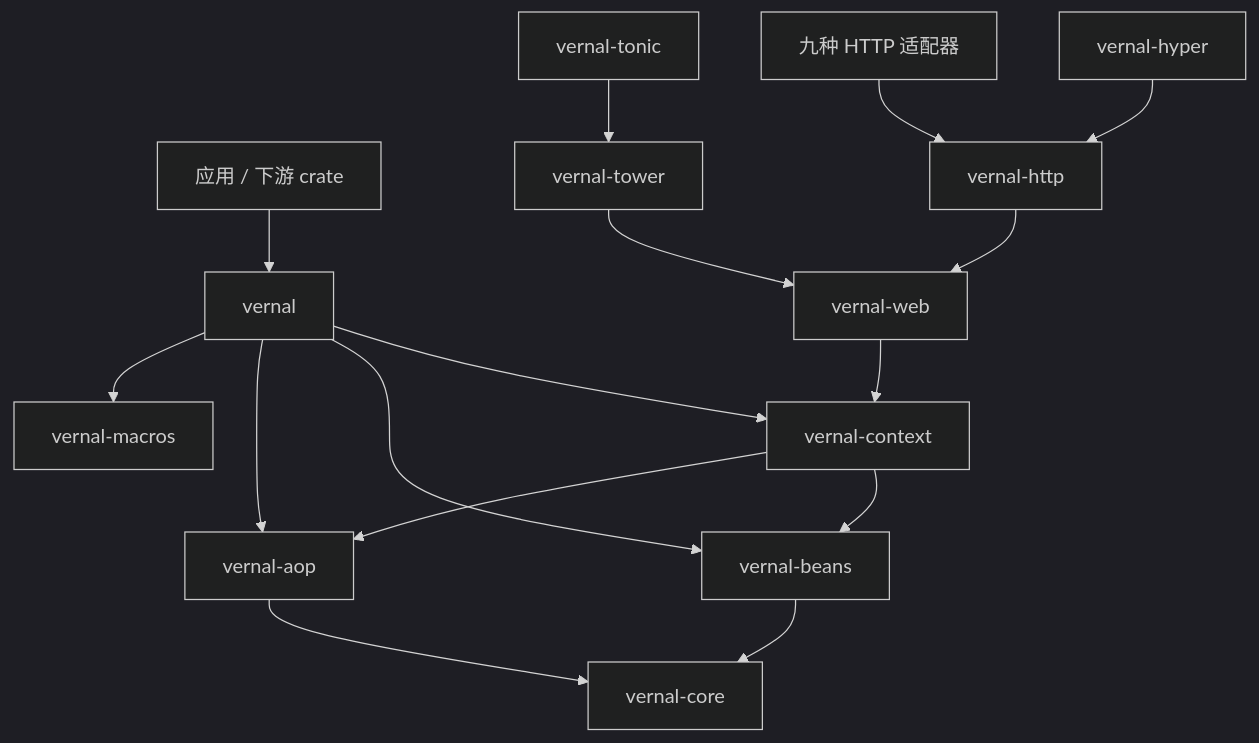
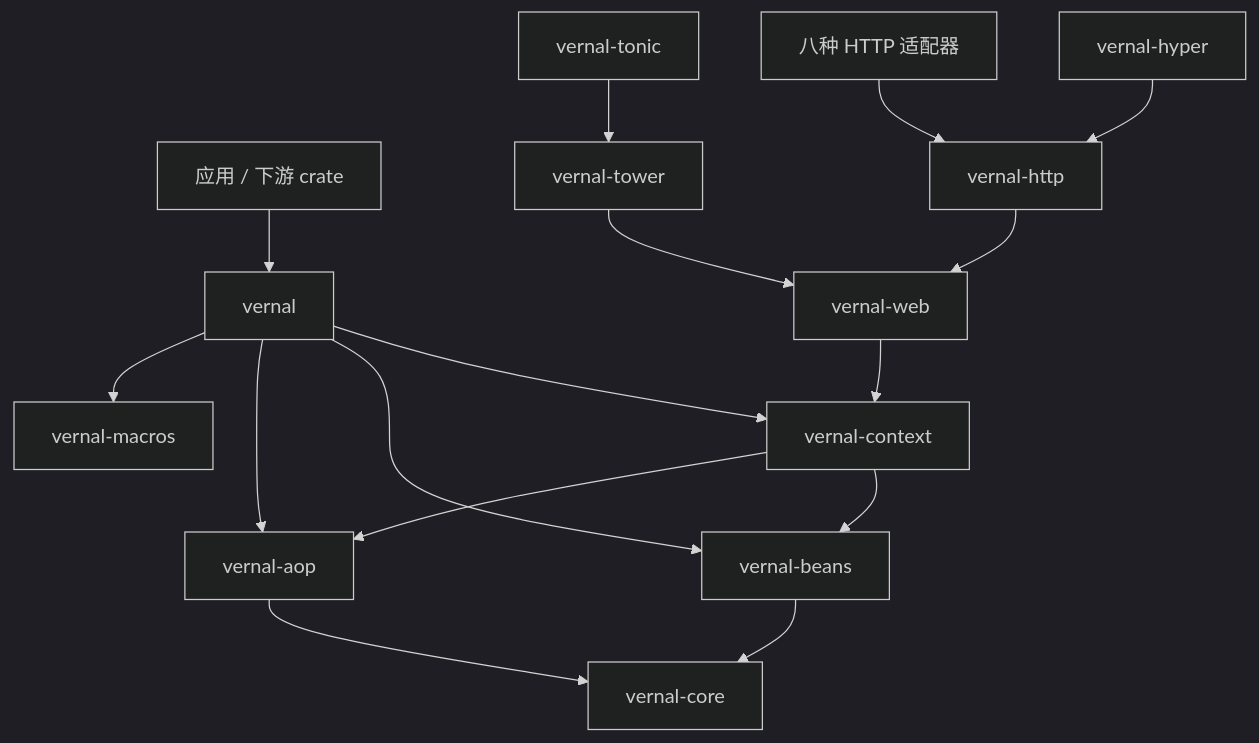
The first of 2 diagrams in README.zh-CN.md (easy-4-rust/vernal), drawn with Mermaid (dark theme) before and after one commit. The commit also changed other lines of this file and 43 other files, not shown here.

````diff
--- a/README.zh-CN.md
+++ b/README.zh-CN.md
@@ -181,18 +175,18 @@
 ```mermaid
 flowchart TB
     APP["应用 / 下游 crate"] --> FACADE["vernal"]
     FACADE --> CONTEXT["vernal-context"]
     FACADE --> IOC["vernal-beans"]
     FACADE --> AOP["vernal-aop"]
     FACADE --> MACROS["vernal-macros"]
     CONTEXT --> IOC
     CONTEXT --> AOP
     WEB["vernal-web"] --> CONTEXT
     HTTP["vernal-http"] --> WEB
     TOWER["vernal-tower"] --> WEB
     HYPER["vernal-hyper"] --> HTTP
     IOC --> CORE["vernal-core"]
     AOP --> CORE
-    HTTPADAPTERS["九种 HTTP 适配器"] --> HTTP
+    HTTPADAPTERS["八种 HTTP 适配器"] --> HTTP
     TONIC["vernal-tonic"] --> TOWER
 ```
````
